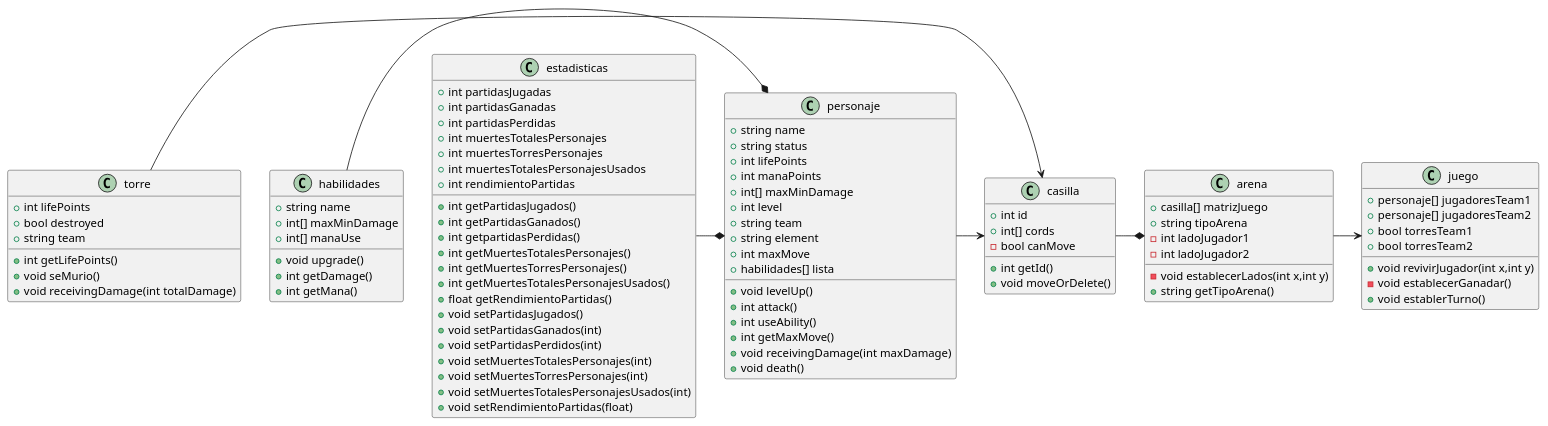
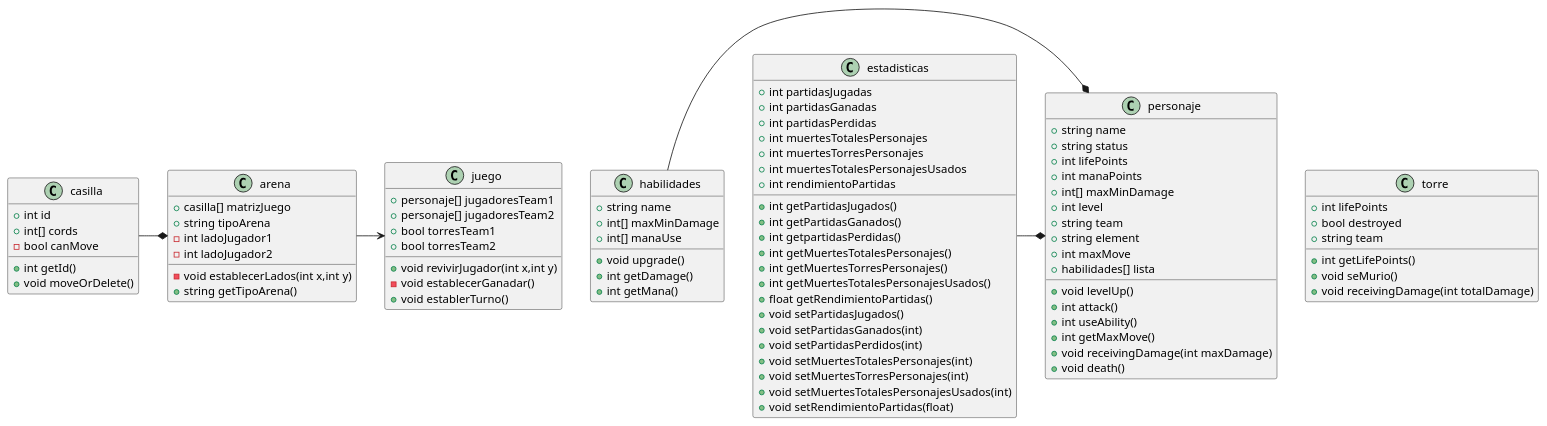
Before and after one commit to RyanG300/1-proyecto-objetos: the diagram in todo/uml.plantuml, drawn with PlantUML. The commit also changed 4 other files, not shown here.

```diff
--- a/todo/uml.plantuml
+++ b/todo/uml.plantuml
@@ -1,109 +1,108 @@
 @startuml First 
 
 class casilla{
     +int id
     +int[] cords
     -bool canMove
 
     +int getId()
     +void moveOrDelete()
 }
 
 class personaje {
     +string name
     +string status
     +int lifePoints
     +int manaPoints
     +int[] maxMinDamage
     +int level
     +string team
     +string element
     +int maxMove
     +habilidades[] lista
 
     +void levelUp()
     +int attack()
     +int useAbility()
     +int getMaxMove()
     +void receivingDamage(int maxDamage)
     +void death()
 }
 
 class habilidades{
     +string name
     +int[] maxMinDamage
     +int[] manaUse
 
     +void upgrade()
     +int getDamage()
     +int getMana()
 }
 
 class torre{
     +int lifePoints
     +bool destroyed
     +string team
 
     +int getLifePoints()
     +void seMurio()
     +void receivingDamage(int totalDamage)
 }
 
 class arena{
     +casilla[] matrizJuego
     +string tipoArena
     -int ladoJugador1
     -int ladoJugador2
 
     -void establecerLados(int x,int y)
     +string getTipoArena()
 }
 
 class juego{
     +personaje[] jugadoresTeam1
     +personaje[] jugadoresTeam2
     +bool torresTeam1
     +bool torresTeam2
 
     +void revivirJugador(int x,int y)
     -void establecerGanadar()
     +void establerTurno()
 
 }
 
 class estadisticas{
     +int partidasJugadas
     +int partidasGanadas
     +int partidasPerdidas
     +int muertesTotalesPersonajes
     +int muertesTorresPersonajes
     +int muertesTotalesPersonajesUsados
     +int rendimientoPartidas
 
     +int getPartidasJugados()
     +int getPartidasGanados()
     +int getpartidasPerdidas()
     +int getMuertesTotalesPersonajes()
     +int getMuertesTorresPersonajes()
     +int getMuertesTotalesPersonajesUsados()
     +float getRendimientoPartidas()
     +void setPartidasJugados()
     +void setPartidasGanados(int)
     +void setPartidasPerdidos(int)
     +void setMuertesTotalesPersonajes(int)
     +void setMuertesTorresPersonajes(int)
     +void setMuertesTotalesPersonajesUsados(int)
     +void setRendimientoPartidas(float)
 
 }
 
 
-torre->casilla
-personaje->casilla
+
 arena->juego
 habilidades-*personaje
 estadisticas-*personaje
 casilla-*arena
 
 
 @enduml
```
